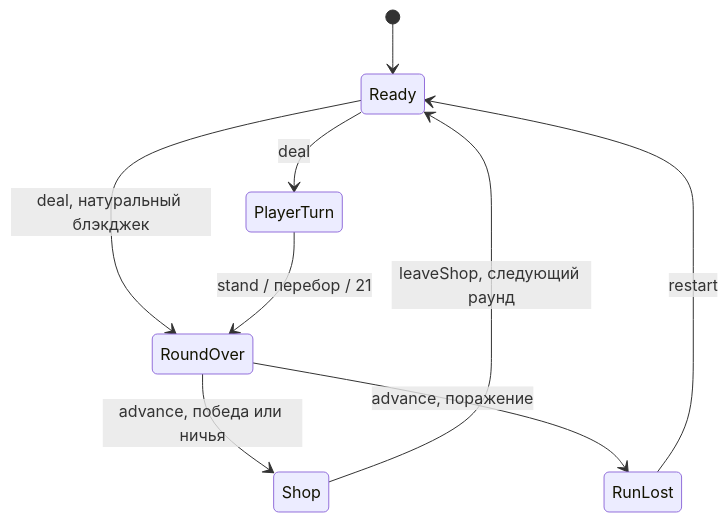
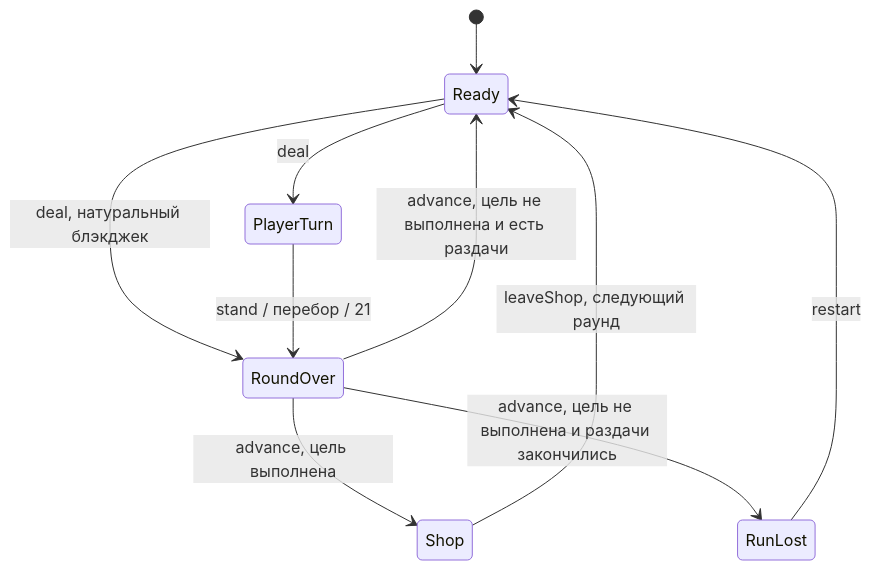
One commit to F1j1tun1/Final-Project-CGF changed the second of 2 diagrams in docs/ARCHITECTURE.md. Above: the diagram before and after it, drawn with Mermaid. The commit also changed other lines of this file and 19 other files, not shown here.

````diff
--- a/docs/ARCHITECTURE.md
+++ b/docs/ARCHITECTURE.md
@@ -37,11 +37,12 @@
 ```mermaid
 stateDiagram-v2
     [*] --> Ready
     Ready --> PlayerTurn: deal
     Ready --> RoundOver: deal, натуральный блэкджек
     PlayerTurn --> RoundOver: stand / перебор / 21
-    RoundOver --> Shop: advance, победа или ничья
-    RoundOver --> RunLost: advance, поражение
+    RoundOver --> Shop: advance, цель выполнена
+    RoundOver --> Ready: advance, цель не выполнена и есть раздачи
+    RoundOver --> RunLost: advance, цель не выполнена и раздачи закончились
     Shop --> Ready: leaveShop, следующий раунд
     RunLost --> Ready: restart
 ```
````
